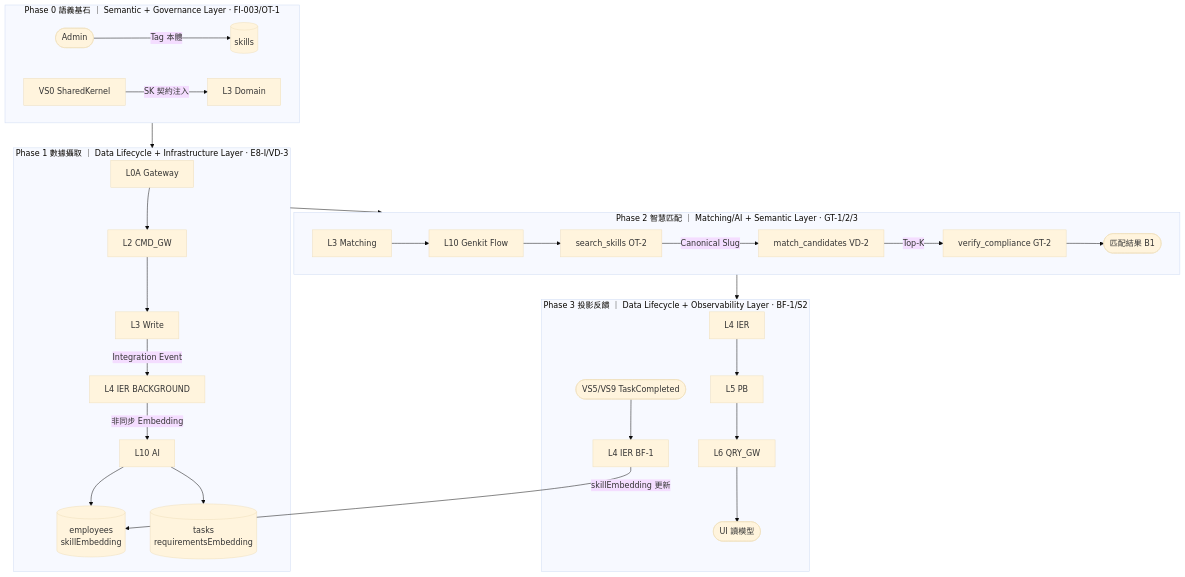
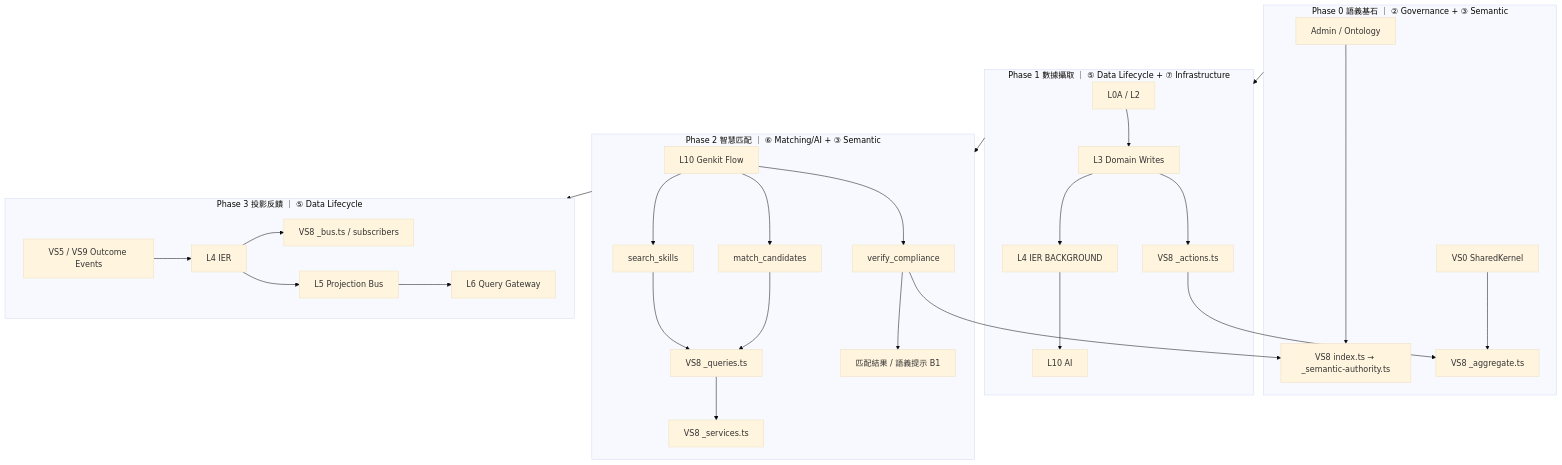
One commit to 7Spade/Xuanwu changed the diagram in docs/architecture/03-infra-mapping.md. Above: the diagram before and after it, drawn with Mermaid (base theme). The commit also changed other lines of this file and 3 other files, not shown here.

Commit message:
docs: align VS8 section in architecture docs 00-03 with 05/06 blueprints

````diff
--- a/docs/architecture/03-infra-mapping.md
+++ b/docs/architecture/03-infra-mapping.md
@@ -130,34 +130,35 @@
 ```mermaid
 flowchart TD
-    subgraph P0["Phase 0 語義基石 ｜ Semantic + Governance Layer · FI-003/OT-1"]
-        Admin([Admin]) -->|Tag 本體| SkillsCol[(skills)]
-        SK[VS0 SharedKernel] -->|SK 契約注入| DomainSlices[L3 Domain]
+    subgraph P0["Phase 0 語義基石 ｜ ② Governance + ③ Semantic"]
+        Admin[Admin / Ontology] --> Authority[VS8 index.ts → _semantic-authority.ts]
+        SK[VS0 SharedKernel] --> Aggregate[VS8 _aggregate.ts]
     end
 
-    subgraph P1["Phase 1 數據攝取 ｜ Data Lifecycle + Infrastructure Layer · E8-I/VD-3"]
-        L0A[L0A Gateway] --> L2[L2 CMD_GW]
-        L2 --> L3W[L3 Write]
-        L3W -->|Integration Event| L4[L4 IER BACKGROUND]
-        L4 -->|非同步 Embedding| L10[L10 AI]
-        L10 --> EmpDB[(employees\nskillEmbedding)]
-        L10 --> TaskDB[(tasks\nrequirementsEmbedding)]
+    subgraph P1["Phase 1 數據攝取 ｜ ⑤ Data Lifecycle + ⑦ Infrastructure"]
+        Gateway[L0A / L2] --> DomainWrite[L3 Domain Writes]
+        DomainWrite --> Actions[VS8 _actions.ts]
+        Actions --> Aggregate
+        DomainWrite --> IER[L4 IER BACKGROUND]
+        IER --> AI[L10 AI]
     end
 
-    subgraph P2["Phase 2 智慧匹配 ｜ Matching/AI + Semantic Layer · GT-1/2/3"]
-        L3M[L3 Matching] --> GenkitFlow[L10 Genkit Flow]
-        GenkitFlow --> ToolS[search_skills OT-2]
-        ToolS -->|Canonical Slug| ToolM[match_candidates VD-2]
-        ToolM -->|Top-K| ToolV[verify_compliance GT-2]
-        ToolV --> Output([匹配結果 B1])
+    subgraph P2["Phase 2 智慧匹配 ｜ ⑥ Matching/AI + ③ Semantic"]
+        Flow[L10 Genkit Flow] --> ToolS[search_skills]
+        ToolS --> Query[VS8 _queries.ts]
+        Query --> Service[VS8 _services.ts]
+        Flow --> ToolM[match_candidates]
+        ToolM --> Query
+        Flow --> ToolV[verify_compliance]
+        ToolV --> Authority
+        ToolV --> Output[匹配結果 / 語義提示 B1]
     end
 
-    subgraph P3["Phase 3 投影反饋 ｜ Data Lifecycle + Observability Layer · BF-1/S2"]
-        L4P[L4 IER] --> L5[L5 PB]
-        L5 --> L6[L6 QRY_GW]
-        L6 --> ReadUI([UI 讀模型])
-        TaskEvent([VS5/VS9 TaskCompleted]) --> L4BF[L4 IER BF-1]
-        L4BF -->|skillEmbedding 更新| EmpDB
+    subgraph P3["Phase 3 投影反饋 ｜ ⑤ Data Lifecycle"]
+        Outcome[VS5 / VS9 Outcome Events] --> IER2[L4 IER]
+        IER2 --> Bus[VS8 _bus.ts / subscribers]
+        IER2 --> PB[L5 Projection Bus]
+        PB --> QG[L6 Query Gateway]
     end
 
     P0 --> P1 --> P2 --> P3
 ```
````
